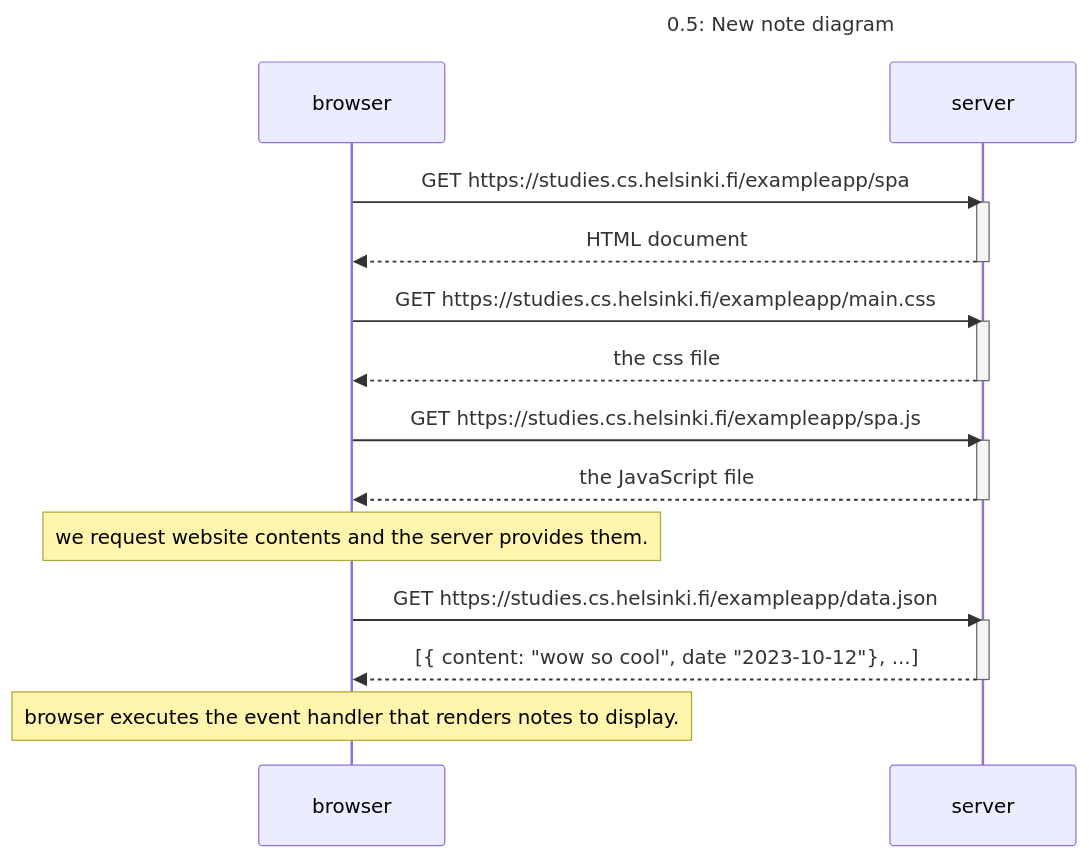
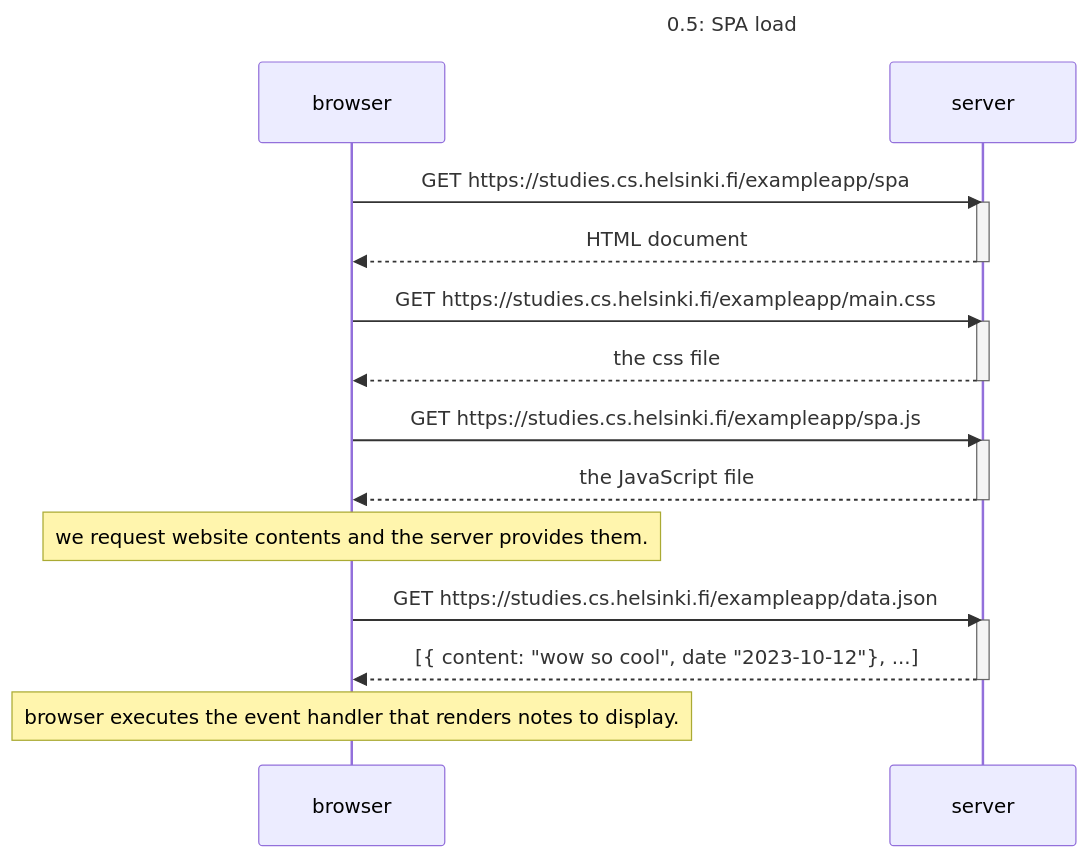
The diagram in part0/05.md (Niroasd/2023FullStackOpen), drawn with Mermaid before and after one commit.

Commit message:
Title change.

````diff
--- a/part0/05.md
+++ b/part0/05.md
@@ -1,31 +1,31 @@
 ```mermaid
 sequenceDiagram
-    Title: 0.5: New note diagram
+    Title: 0.5: SPA load
     participant browser
     participant server
 
     browser->>server: GET https://studies.cs.helsinki.fi/exampleapp/spa
     activate server
     server-->>browser: HTML document
     deactivate server
 
     browser->>server: GET https://studies.cs.helsinki.fi/exampleapp/main.css
     activate server
     server-->>browser: the css file
     deactivate server
 
     browser->>server: GET https://studies.cs.helsinki.fi/exampleapp/spa.js
     activate server
     server-->>browser: the JavaScript file
     deactivate server
 
     note over browser: we request website contents and the server provides them.
 
     browser ->> server: GET https://studies.cs.helsinki.fi/exampleapp/data.json
     activate server
     server-->>browser: [{ content: "wow so cool", date "2023-10-12"}, ...]
     deactivate server
     note over browser: browser executes the event handler that renders notes to display.
 
 
 ```
````
